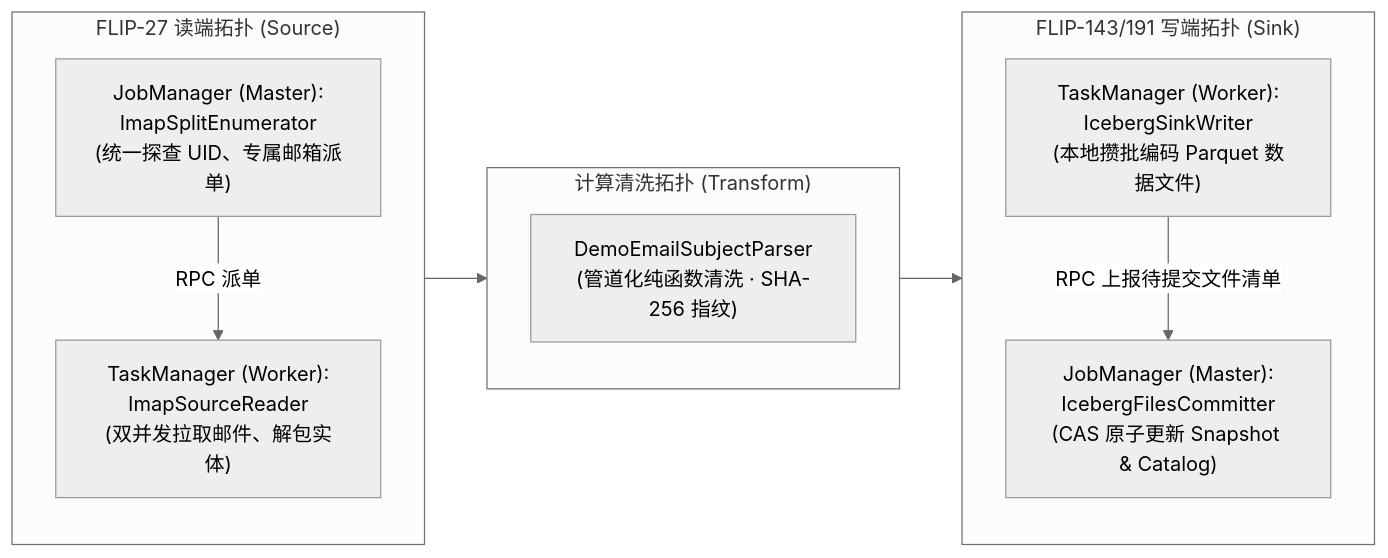
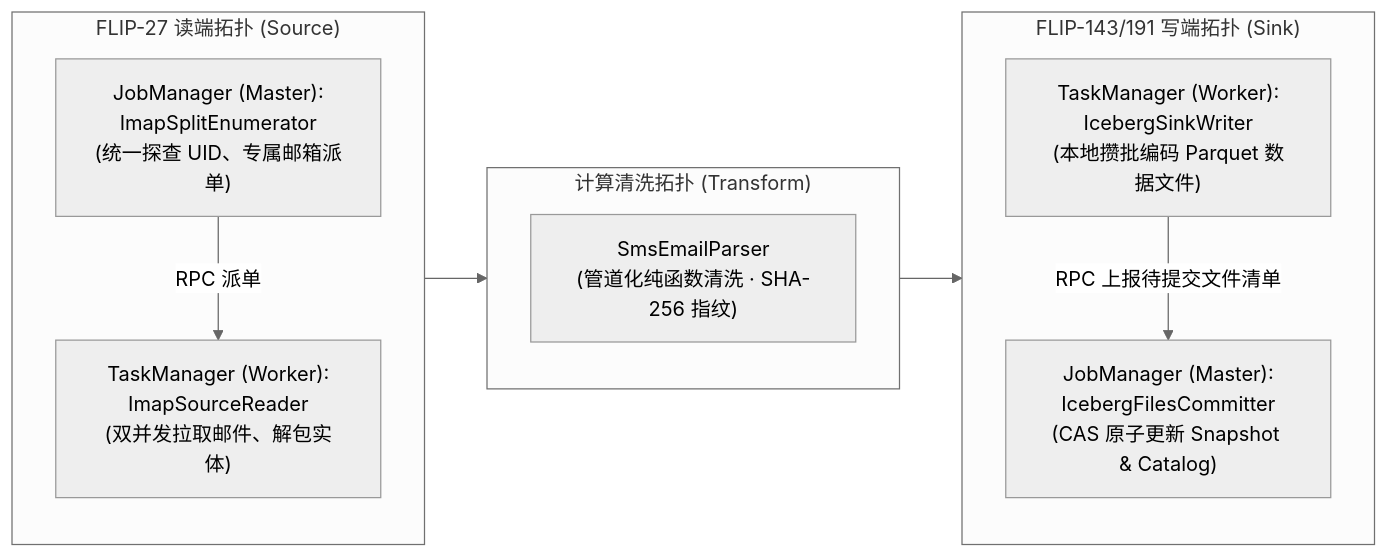
One commit to nvd11/sms-flink-etl changed the diagram in docs/iceberg-r2-sink-architecture-design.md. Above: the diagram before and after it, drawn with Mermaid (neutral theme). The commit also changed other lines of this file and 13 other files, not shown here.

Commit message:
refactor(transform): rename DemoEmailSubjectParser to SmsEmailParser and clean up legacy dead code

````diff
--- a/docs/iceberg-r2-sink-architecture-design.md
+++ b/docs/iceberg-r2-sink-architecture-design.md
@@ -33,24 +33,24 @@
 ```mermaid
 flowchart LR
     subgraph ReadSide["FLIP-27 读端拓扑 (Source)"]
         direction TB
         MasterRead["JobManager (Master):<br/>ImapSplitEnumerator<br/>(统一探查 UID、专属邮箱派单)"]
         WorkerRead["TaskManager (Worker):<br/>ImapSourceReader<br/>(双并发拉取邮件、解包实体)"]
         MasterRead -->|RPC 派单| WorkerRead
     end
 
     subgraph ProcessSide["计算清洗拓扑 (Transform)"]
         direction TB
-        Parser["DemoEmailSubjectParser<br/>(管道化纯函数清洗 · SHA-256 指纹)"]
+        Parser["SmsEmailParser<br/>(管道化纯函数清洗 · SHA-256 指纹)"]
     end
 
     subgraph WriteSide["FLIP-143/191 写端拓扑 (Sink)"]
         direction TB
         WorkerWrite["TaskManager (Worker):<br/>IcebergSinkWriter<br/>(本地攒批编码 Parquet 数据文件)"]
         MasterWrite["JobManager (Master):<br/>IcebergFilesCommitter<br/>(CAS 原子更新 Snapshot & Catalog)"]
         WorkerWrite -->|RPC 上报待提交文件清单| MasterWrite
     end
 
     WorkerRead --> Parser
     Parser --> WorkerWrite
 ```
````
